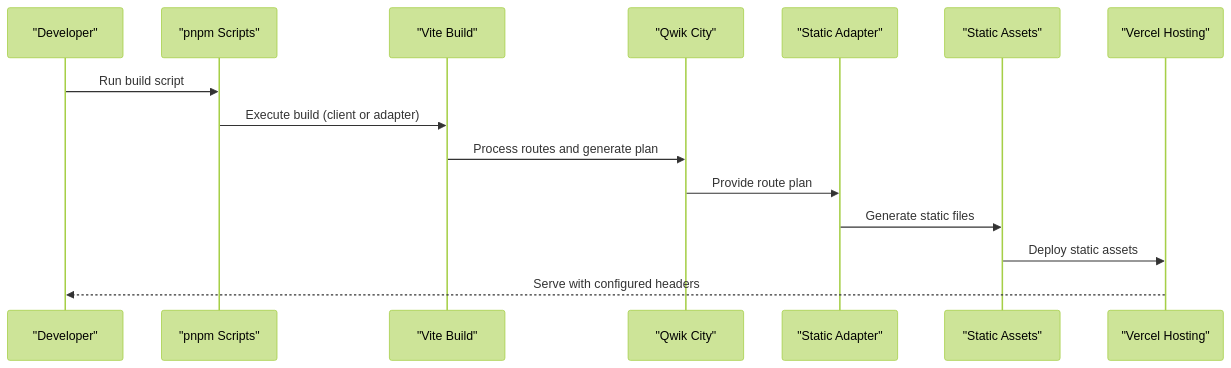
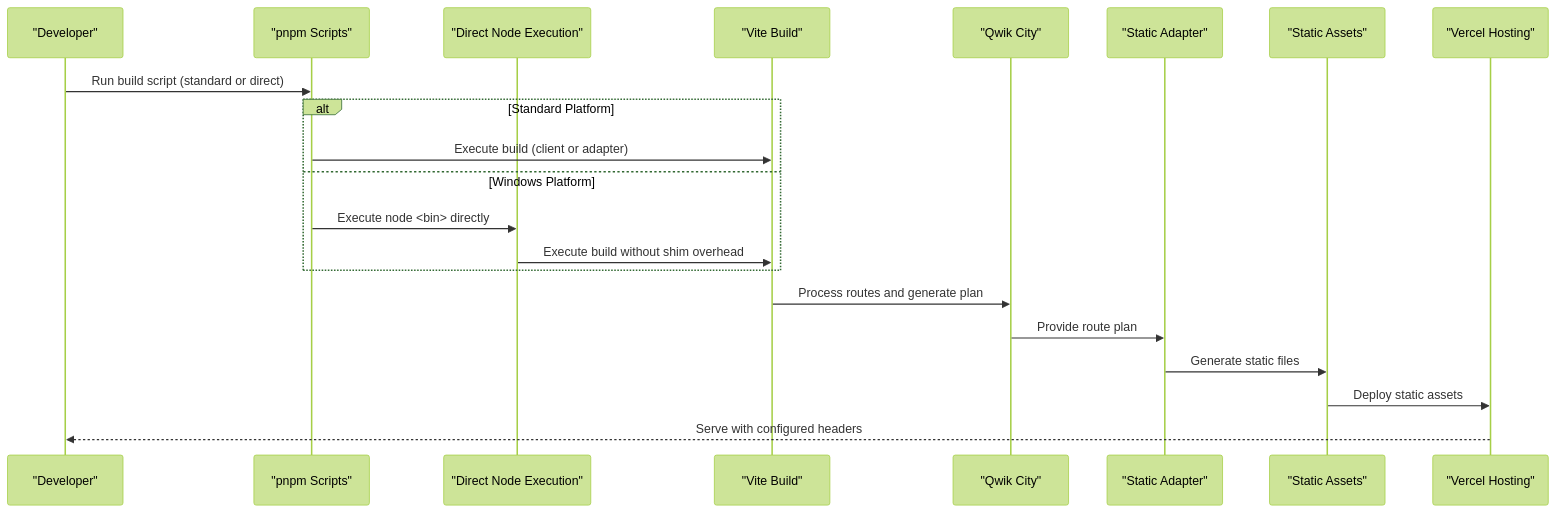
One commit to delirium-dj/modelcomp changed the second of 9 diagrams in .qoder/repowiki/en/content/Architecture Overview/Build System & Deployment Strategy.md. Above: the diagram before and after it, drawn with Mermaid (forest theme). The commit also changed other lines of this file and 185 other files, not shown here.

````diff
--- a/.qoder/repowiki/en/content/Architecture Overview/Build System & Deployment Strategy.md
+++ b/.qoder/repowiki/en/content/Architecture Overview/Build System & Deployment Strategy.md
@@ -99,17 +113,23 @@
 ```mermaid
 sequenceDiagram
 participant Dev as "Developer"
 participant PNPM as "pnpm Scripts"
+participant Direct as "Direct Node Execution"
 participant Vite as "Vite Build"
 participant QwikCity as "Qwik City"
 participant Adapter as "Static Adapter"
 participant Output as "Static Assets"
 participant Vercel as "Vercel Hosting"
-Dev->>PNPM : Run build script
+Dev->>PNPM : Run build script (standard or direct)
+alt Standard Platform
 PNPM->>Vite : Execute build (client or adapter)
+else Windows Platform
+PNPM->>Direct : Execute node <bin> directly
+Direct->>Vite : Execute build without shim overhead
+end
 Vite->>QwikCity : Process routes and generate plan
 QwikCity->>Adapter : Provide route plan
 Adapter->>Output : Generate static files
 Output->>Vercel : Deploy static assets
 Vercel-->>Dev : Serve with configured headers
 ```
````
